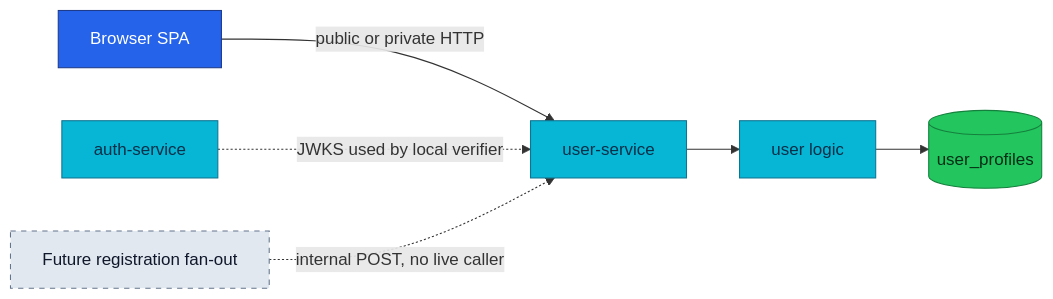
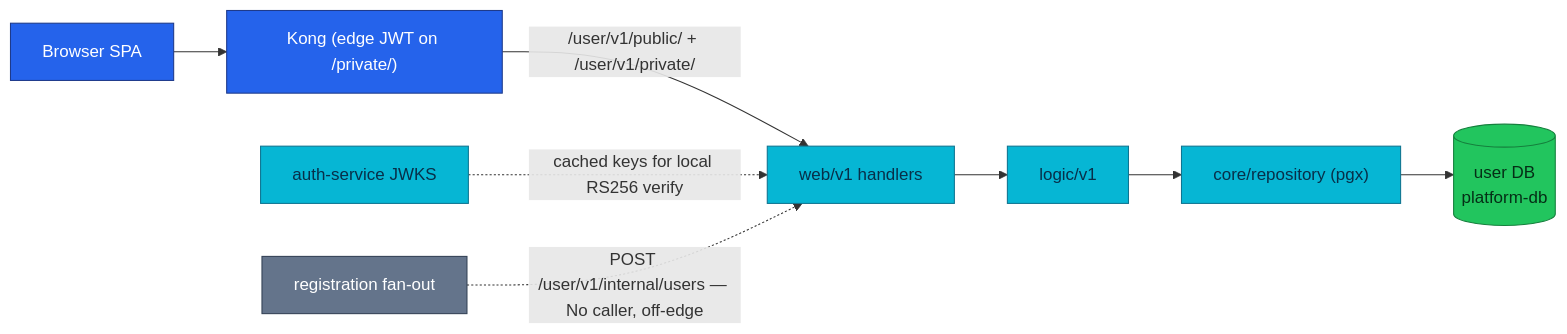
Before and after one commit to duynhlab/homelab: the diagram in docs/api/user.md, drawn with Mermaid. The commit also changed other lines of this file and 20 other files, not shown here.

````diff
--- a/docs/api/user.md
+++ b/docs/api/user.md
@@ -21,17 +59,19 @@
 ```mermaid
 flowchart LR
-    SPA[Browser SPA] -->|public or private HTTP| User[user-service]
-    User --> Logic[user logic]
-    Logic --> DB[(user_profiles)]
-    Auth[auth-service] -. JWKS used by local verifier .-> User
-    Future[Future registration fan-out] -. internal POST, no live caller .-> User
+    SPA["Browser SPA"] --> Kong["Kong (edge JWT on /private/)"]
+    Kong -->|"/user/v1/public/ + /user/v1/private/"| Web["web/v1 handlers"]
+    Web --> Logic["logic/v1"]
+    Logic --> Repo["core/repository (pgx)"]
+    Repo --> DB[("user DB<br/>platform-db")]
+    Auth["auth-service JWKS"] -.->|"cached keys for local RS256 verify"| Web
+    NoCaller["registration fan-out"] -.->|"POST /user/v1/internal/users — No caller, off-edge"| Web
 
     classDef edge fill:#2563eb,color:#fff,stroke:#1e3a8a;
     classDef service fill:#06b6d4,color:#082f49,stroke:#0e7490;
     classDef data fill:#22c55e,color:#052e16,stroke:#15803d;
-    classDef planned fill:#e2e8f0,color:#0f172a,stroke:#64748b,stroke-dasharray:5 5;
-    class SPA edge;
-    class User,Logic,Auth service;
+    classDef external fill:#64748b,color:#fff,stroke:#334155;
+    class SPA,Kong edge;
+    class Web,Logic,Repo,Auth service;
     class DB data;
-    class Future planned;
+    class NoCaller external;
 ```
````
